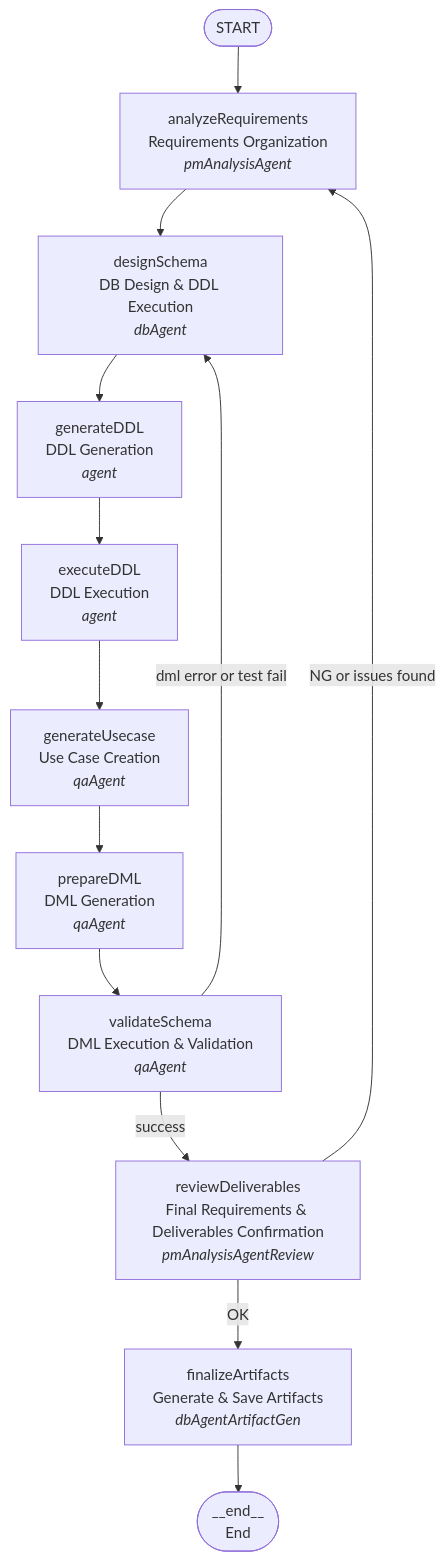
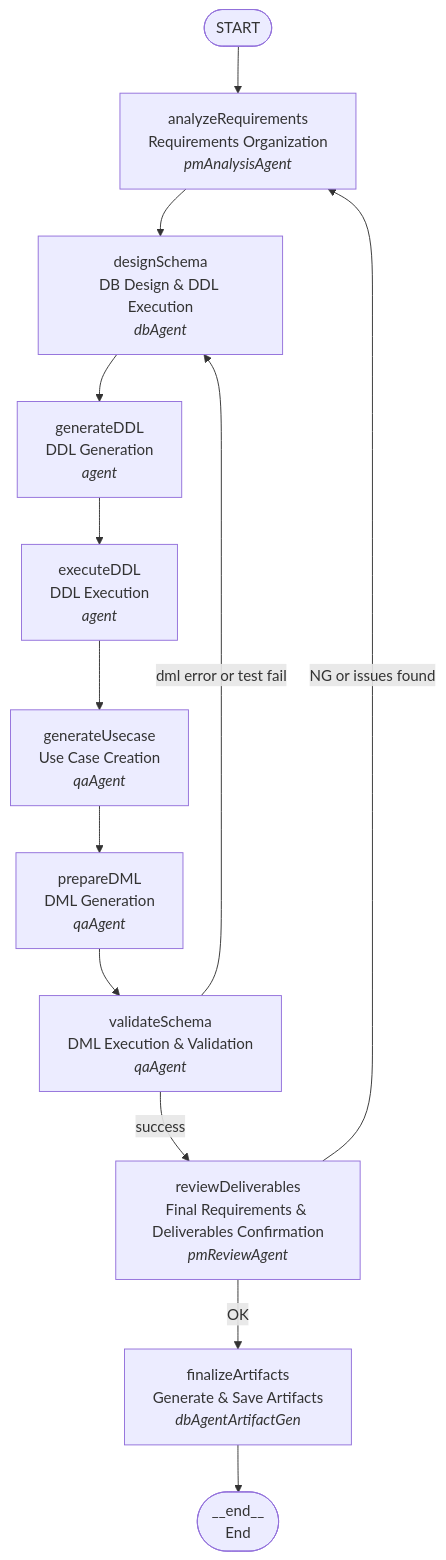
The diagram in frontend/internal-packages/agent/src/chat/workflow/README.md (yzkee/liam), drawn with Mermaid before and after one commit. The commit also changed other lines of this file and 1 other file, not shown here.

Commit message:
fix: rename pmAnalysisAgentReview to pmReviewAgent in documentation and comments
- Update workflow documentation to use pmReviewAgent instead of pmAnalysisAgentReview
- Update comment in reviewDeliverablesNode.ts for consistency

````diff
--- a/frontend/internal-packages/agent/src/chat/workflow/README.md
+++ b/frontend/internal-packages/agent/src/chat/workflow/README.md
@@ -7,28 +7,28 @@
 ```mermaid
 flowchart TD
     START([START])
     ANALYZE[analyzeRequirements<br/>Requirements Organization<br/><i>pmAnalysisAgent</i>]
     DESIGN[designSchema<br/>DB Design & DDL Execution<br/><i>dbAgent</i>]
     GENERATE_DDL[generateDDL<br/>DDL Generation<br/><i>agent</i>]
     EXECUTE_DDL[executeDDL<br/>DDL Execution<br/><i>agent</i>]
     GENERATE_USECASE[generateUsecase<br/>Use Case Creation<br/><i>qaAgent</i>]
     PREPARE_DML[prepareDML<br/>DML Generation<br/><i>qaAgent</i>]
     VALIDATE[validateSchema<br/>DML Execution & Validation<br/><i>qaAgent</i>]
-    REVIEW[reviewDeliverables<br/>Final Requirements & Deliverables Confirmation<br/><i>pmAnalysisAgentReview</i>]
+    REVIEW[reviewDeliverables<br/>Final Requirements & Deliverables Confirmation<br/><i>pmReviewAgent</i>]
     FINALIZE[finalizeArtifacts<br/>Generate & Save Artifacts<br/><i>dbAgentArtifactGen</i>]
     END([__end__<br/>End])
 
     START --> ANALYZE
     ANALYZE --> DESIGN
     DESIGN --> GENERATE_DDL
     GENERATE_DDL --> EXECUTE_DDL
     EXECUTE_DDL --> GENERATE_USECASE
     GENERATE_USECASE --> PREPARE_DML
     PREPARE_DML --> VALIDATE
     VALIDATE -->|success| REVIEW
     VALIDATE -->|dml error or test fail| DESIGN
     REVIEW -->|OK| FINALIZE
     REVIEW -->|NG or issues found| ANALYZE
     FINALIZE --> END
 
 ```
````
